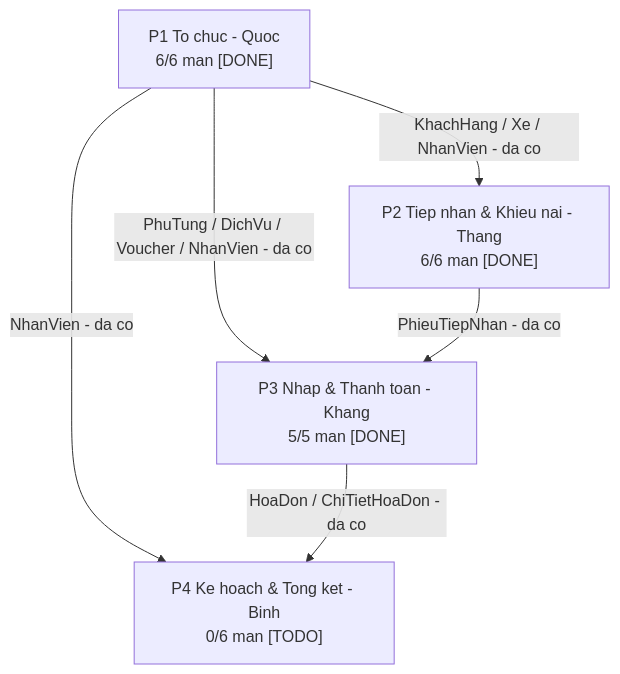
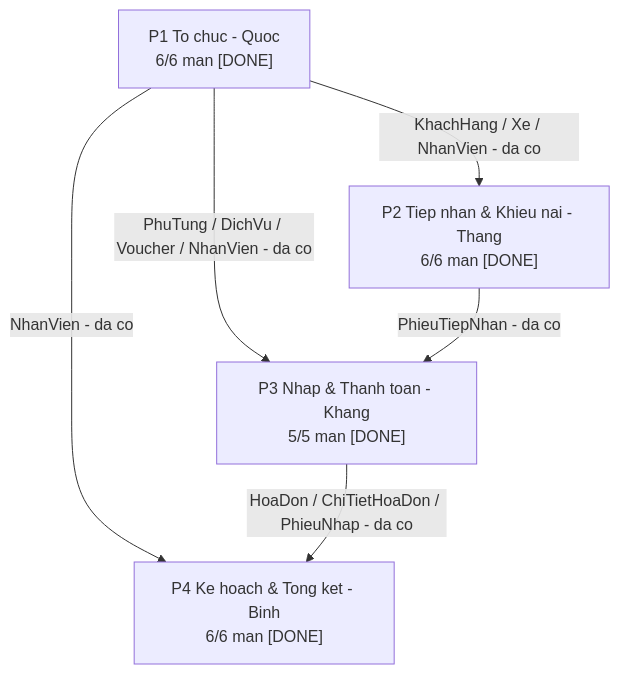
One commit to MaiTheHao/iuh-fall2026-ptud changed the first of 9 diagrams in assets/tasks/DGRAPH.md. Above: the diagram before and after it, drawn with Mermaid. The commit also changed other lines of this file and 2 other files, not shown here.

````diff
--- a/assets/tasks/DGRAPH.md
+++ b/assets/tasks/DGRAPH.md
@@ -11,13 +11,13 @@
 ```mermaid
 flowchart TD
     p1["P1 To chuc - Quoc<br/>6/6 man [DONE]"]
     p2["P2 Tiep nhan & Khieu nai - Thang<br/>6/6 man [DONE]"]
     p3["P3 Nhap & Thanh toan - Khang<br/>5/5 man [DONE]"]
-    p4["P4 Ke hoach & Tong ket - Binh<br/>0/6 man [TODO]"]
+    p4["P4 Ke hoach & Tong ket - Binh<br/>6/6 man [DONE]"]
 
     p1 -->|"KhachHang / Xe / NhanVien - da co"| p2
     p1 -->|"PhuTung / DichVu / Voucher / NhanVien - da co"| p3
     p1 -->|"NhanVien - da co"| p4
     p2 -->|"PhieuTiepNhan - da co"| p3
-    p3 -->|"HoaDon / ChiTietHoaDon - da co"| p4
+    p3 -->|"HoaDon / ChiTietHoaDon / PhieuNhap - da co"| p4
 ```
````
